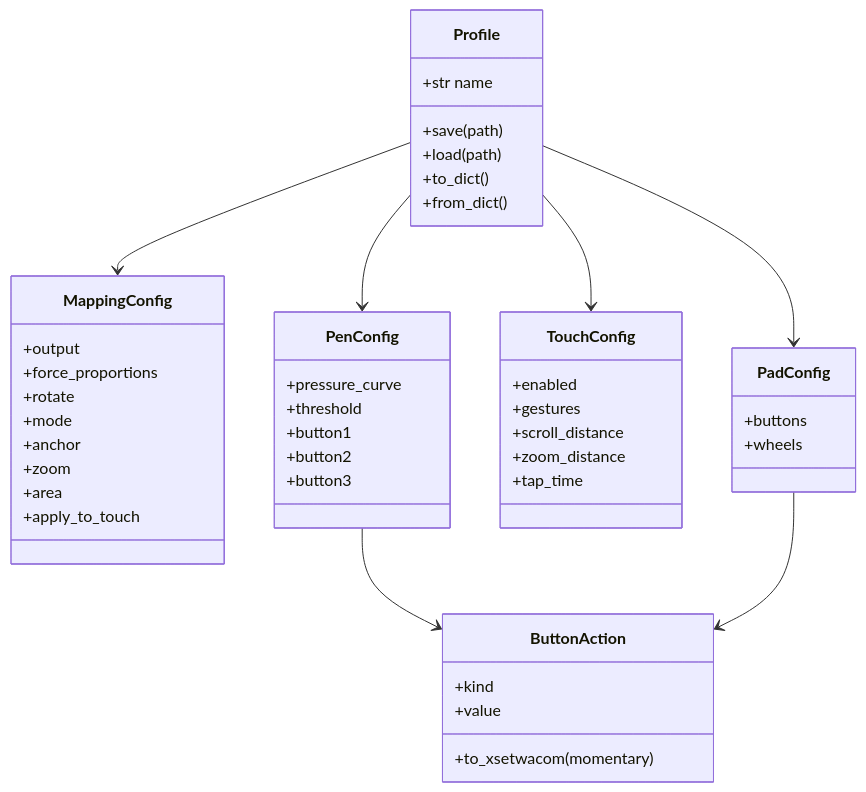
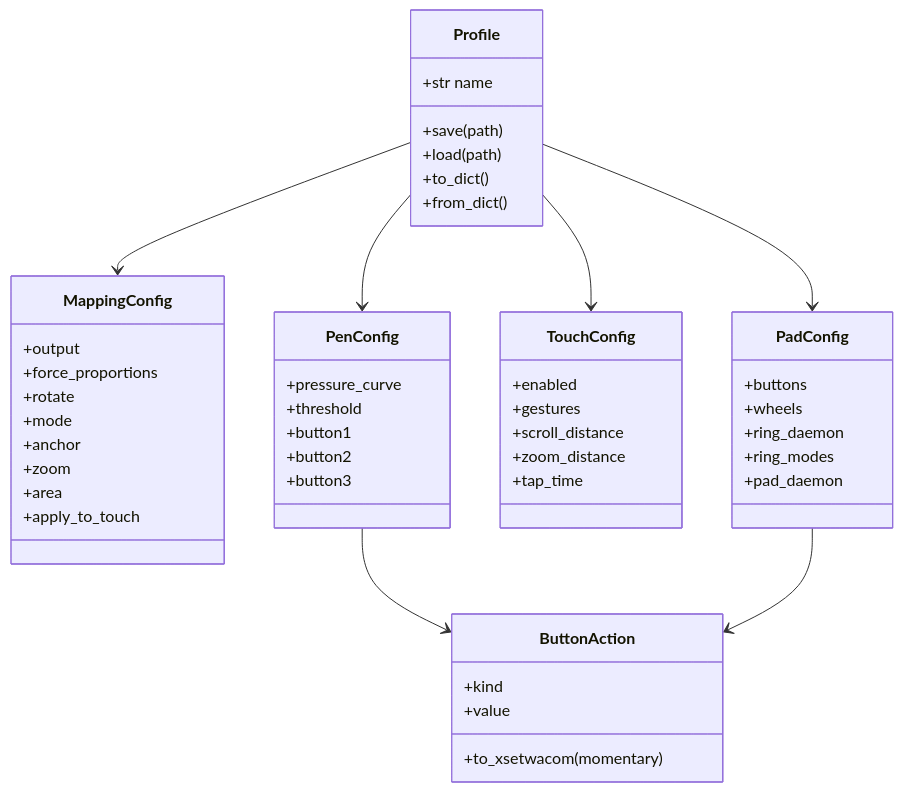
Before and after one commit to baslack/wacom_control_panel: the second of 2 diagrams in wacom_panel/core/README.md, drawn with Mermaid. The commit also changed other lines of this file and 3 other files, not shown here.

````diff
--- a/wacom_panel/core/README.md
+++ b/wacom_panel/core/README.md
@@ -47,49 +48,52 @@
 ```mermaid
 classDiagram
     class Profile {
         +str name
         +save(path)
         +load(path)
         +to_dict()
         +from_dict()
     }
     class MappingConfig {
         +output
         +force_proportions
         +rotate
         +mode
         +anchor
         +zoom
         +area
         +apply_to_touch
     }
     class PenConfig {
         +pressure_curve
         +threshold
         +button1
         +button2
         +button3
     }
     class TouchConfig {
         +enabled
         +gestures
         +scroll_distance
         +zoom_distance
         +tap_time
     }
     class PadConfig {
         +buttons
         +wheels
+        +ring_daemon
+        +ring_modes
+        +pad_daemon
     }
     class ButtonAction {
         +kind
         +value
         +to_xsetwacom(momentary)
     }
     Profile --> MappingConfig
     Profile --> PenConfig
     Profile --> TouchConfig
     Profile --> PadConfig
     PenConfig --> ButtonAction
     PadConfig --> ButtonAction
 ```
````
